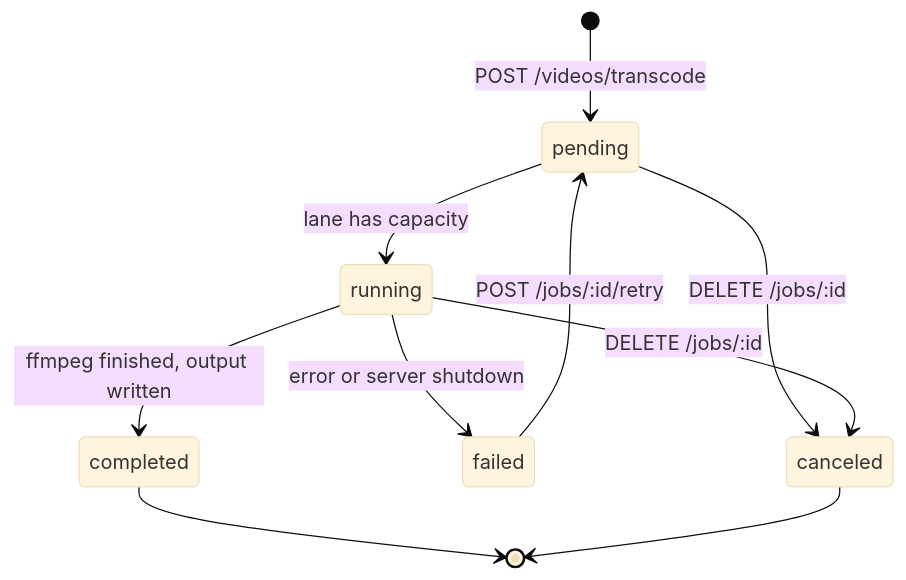
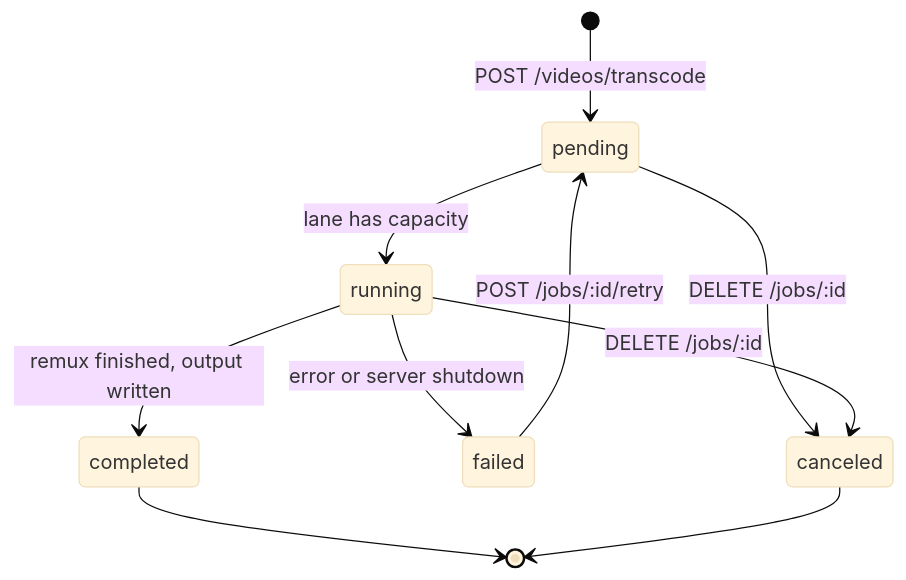
The fourth of 5 diagrams in docs/architecture/request-flows.md (autobutler-org/quark), drawn with Mermaid (base theme) before and after one commit. The commit also changed 37 other files, not shown here.

First line of the commit message:
feat: probe, trim and remux video with sprocket instead of ffmpeg

````diff
--- a/docs/architecture/request-flows.md
+++ b/docs/architecture/request-flows.md
@@ -95,12 +95,12 @@
 ```mermaid
 stateDiagram-v2
     [*] --> pending: POST /videos/transcode
     pending --> running: lane has capacity
-    running --> completed: ffmpeg finished, output written
+    running --> completed: remux finished, output written
     running --> failed: error or server shutdown
     pending --> canceled: DELETE /jobs/:id
     running --> canceled: DELETE /jobs/:id
     failed --> pending: POST /jobs/:id/retry
     completed --> [*]
     canceled --> [*]
 ```
````
